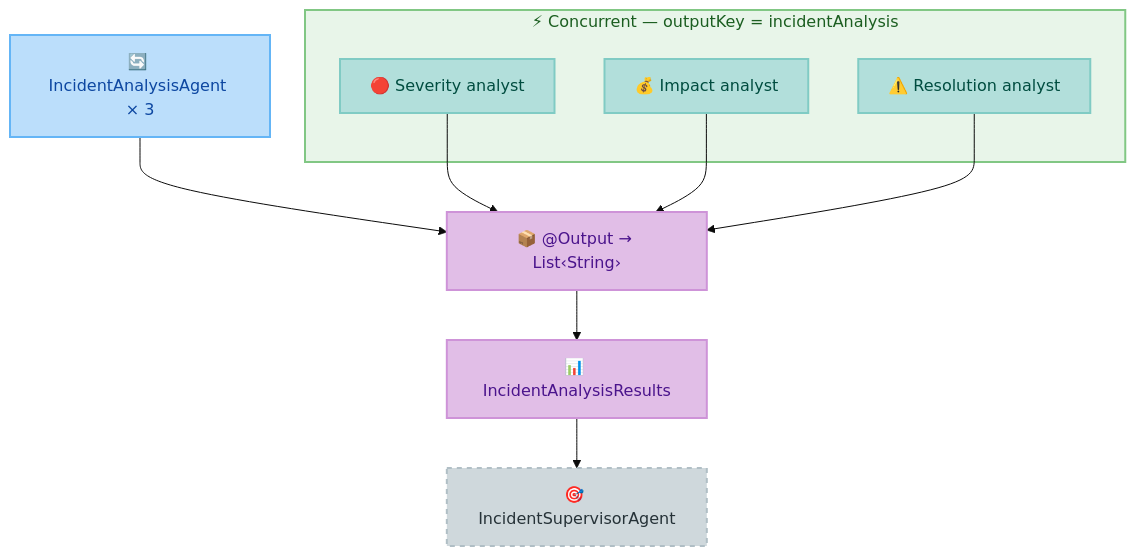
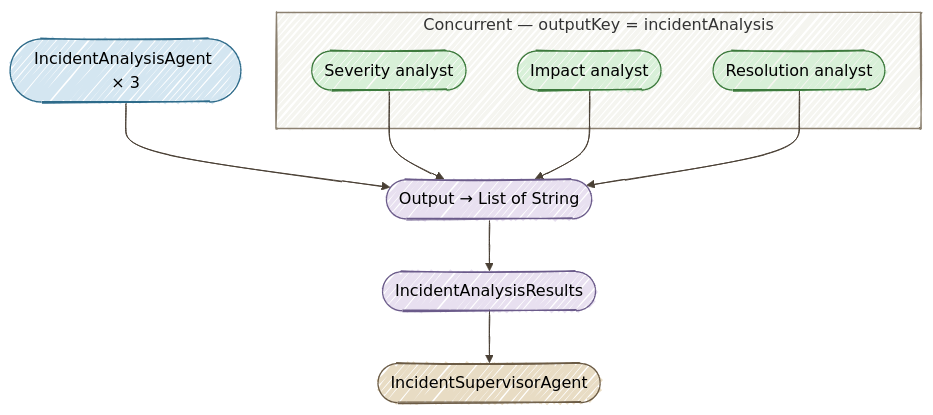
Before and after one commit to danieloh30/techxchange-2026-quarkus-bob-lab: the diagram in docs/03-parallel-workflow/START_HERE.md, drawn with Mermaid. The commit also changed 6 other files, not shown here.

First line of the commit message:
style(docs): switch all Mermaid charts to handDrawn look with warm palette

````diff
--- a/docs/03-parallel-workflow/START_HERE.md
+++ b/docs/03-parallel-workflow/START_HERE.md
@@ -28,27 +28,29 @@
 ```mermaid
-%%{init: {'theme': 'base', 'themeVariables': {'fontSize': '16px', 'fontFamily': 'Inter, system-ui, sans-serif'}}}%%
+%%{init: {'look':'handDrawn','theme':'neutral','themeVariables': {'lineColor':'#4A4035'}}}%%
 flowchart TD
-    A["🔄 IncidentAnalysisAgent × 3"]:::workflow
-    B["📦 @Output → List‹String›"]:::output
-    C["📊 IncidentAnalysisResults"]:::output
-    D["🎯 IncidentSupervisorAgent"]:::next
+    A([IncidentAnalysisAgent × 3])
+    B([Output → List of String])
+    C([IncidentAnalysisResults])
+    D([IncidentSupervisorAgent])
 
     A --> B --> C --> D
 
-    subgraph parallel["⚡ Concurrent — outputKey = incidentAnalysis"]
-        A1["🔴 Severity analyst"]:::agent
-        A2["💰 Impact analyst"]:::agent
-        A3["⚠️ Resolution analyst"]:::agent
+    subgraph parallel["Concurrent — outputKey = incidentAnalysis"]
+        A1([Severity analyst])
+        A2([Impact analyst])
+        A3([Resolution analyst])
     end
 
     A1 --> B
     A2 --> B
     A3 --> B
 
-    classDef workflow fill:#bbdefb,stroke:#64b5f6,color:#0d47a1,stroke-width:2px
-    classDef agent fill:#b2dfdb,stroke:#80cbc4,color:#004d40,stroke-width:2px
-    classDef output fill:#e1bee7,stroke:#ce93d8,color:#4a148c,stroke-width:2px
-    classDef next fill:#cfd8dc,stroke:#b0bec5,color:#263238,stroke-width:2px,stroke-dasharray:5
-
-    style parallel fill:#e8f5e9,stroke:#81c784,stroke-width:2px,color:#1b5e20
+    style A fill:#D4E6F1,stroke:#2E6B8A
+    style B fill:#E8E0F0,stroke:#6B5B8A
+    style C fill:#E8E0F0,stroke:#6B5B8A
+    style D fill:#E8DCC4,stroke:#6B5B45
+    style A1 fill:#D8F0D8,stroke:#3D7A3D
+    style A2 fill:#D8F0D8,stroke:#3D7A3D
+    style A3 fill:#D8F0D8,stroke:#3D7A3D
+    style parallel fill:#F5F5F0,stroke:#8B8070
 ```
````
